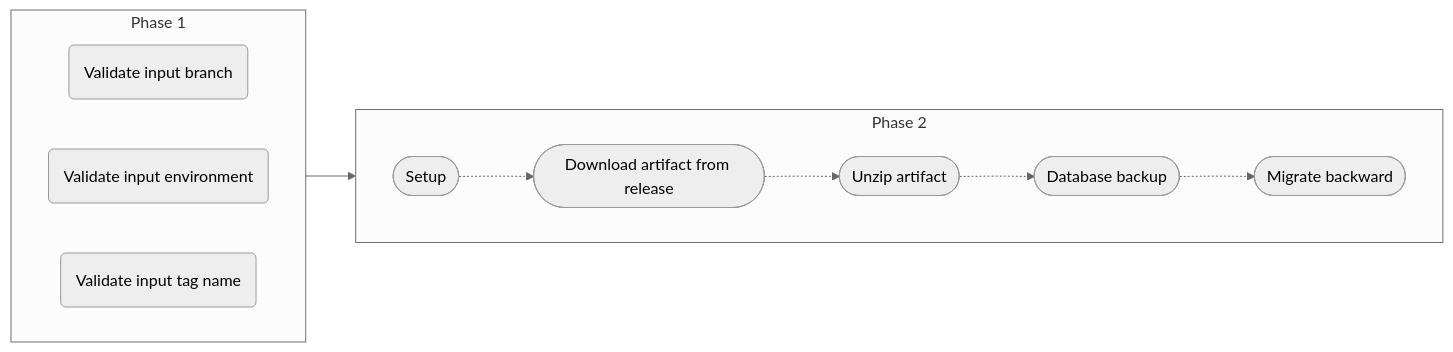
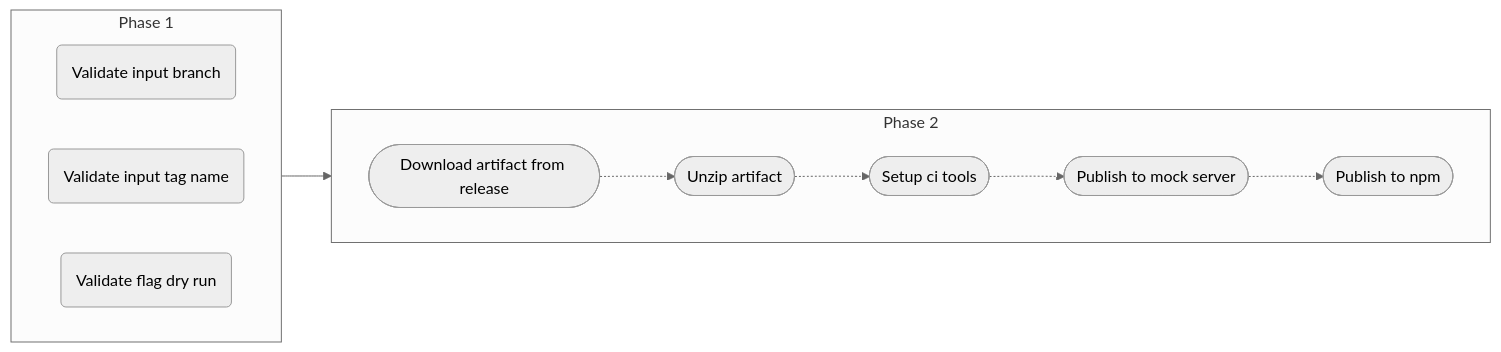
Before and after one commit to gnowth/gnowth: the ninth of 11 diagrams in docs/pipeline.md, drawn with Mermaid (neutral theme). The commit also changed other lines of this file and 8 other files, not shown here.

````diff
--- a/docs/pipeline.md
+++ b/docs/pipeline.md
@@ -164,24 +207,24 @@
 ```mermaid
   flowchart LR
     ARTIFACTUNPACK([Unzip artifact])
     ARTIFACTDOWNLOAD([Download artifact from release])
-    DATABASEBACKUP([Database backup])
-    DATABASEMIGRATE([Migrate backward])
-    SETUP([Setup])
+    STAGE([Publish to mock server])
+    PUBLISH([Publish to npm])
+    SETUP([Setup ci tools])
 
     subgraph PHASE1[Phase 1]
       direction LR
 
       VALIDATEBRANCH(Validate input branch)
-      VALIDATEENVIRONMENT(Validate input environment)
       VALIDATETAG(Validate input tag name)
+      VALIDATEDRY(Validate flag dry run)
     end
 
     subgraph PHASE2[Phase 2]
       direction LR
 
-      SETUP -.-> ARTIFACTDOWNLOAD -.-> ARTIFACTUNPACK -.-> DATABASEBACKUP -.-> DATABASEMIGRATE
+      ARTIFACTDOWNLOAD -.-> ARTIFACTUNPACK -.-> SETUP -.-> STAGE -.-> PUBLISH
     end
 
     PHASE1 --> PHASE2
 ```
````
